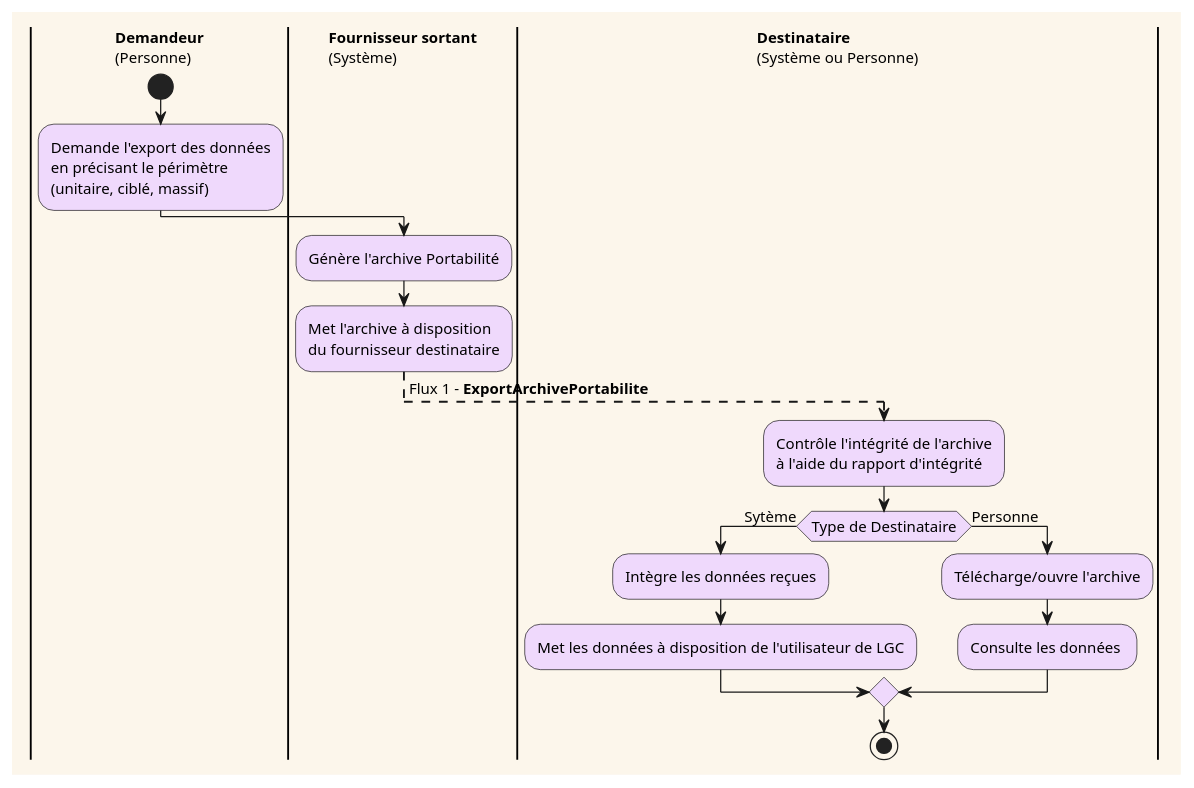
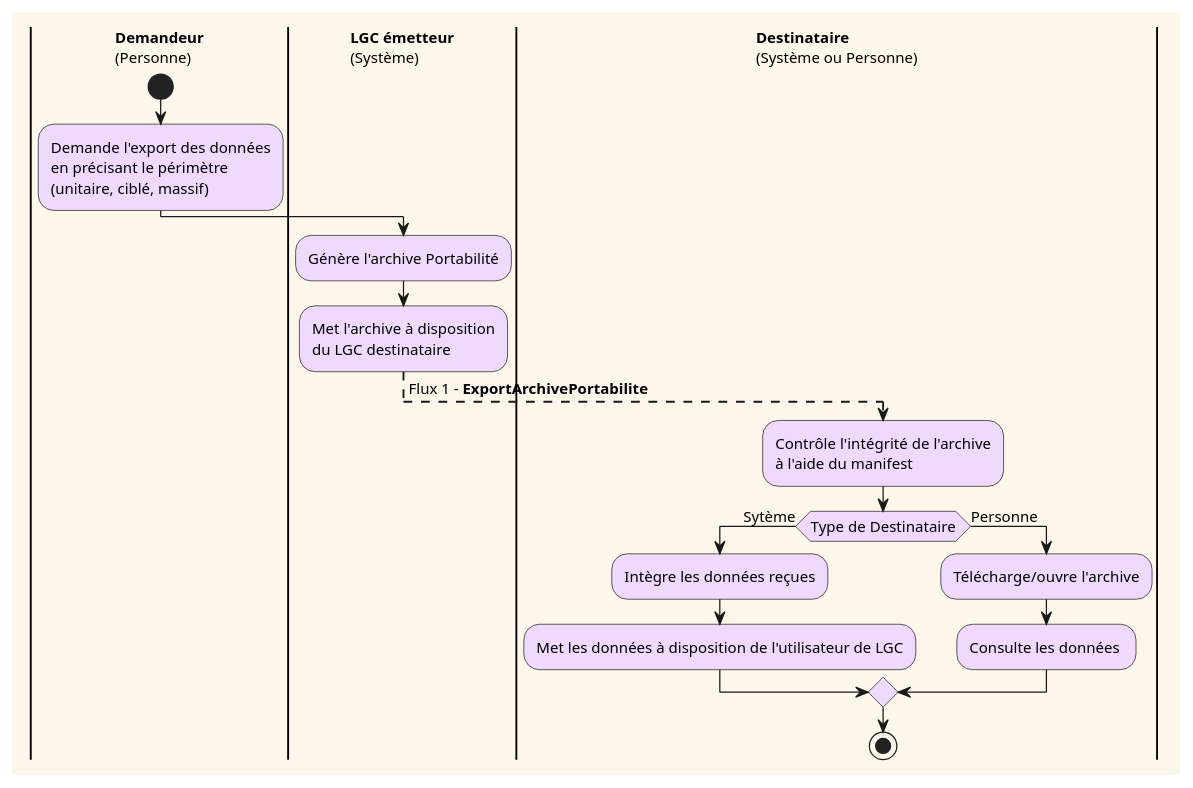
One commit to ansforge/interop-ig-portabilite changed the diagram in input/images-source/sf-activity-pdlg-export-archive-portabilite.plantuml. Above: the diagram before and after it, drawn with PlantUML. The commit also changed 44 other files, not shown here.

```diff
--- a/input/images-source/sf-activity-pdlg-export-archive-portabilite.plantuml
+++ b/input/images-source/sf-activity-pdlg-export-archive-portabilite.plantuml
@@ -1,36 +1,36 @@
 @startuml sf-activity-pdlg-export-archive-portabilite
 
 skinparam backgroundColor #fcf6eb
 skinparam activityBackgroundColor #efd9fc
 skinparam activityBorderColor #000000
 skinparam shadowing false
 skinparam defaultFontSize 12
 
 
 |**Demandeur**\n(Personne)|
 start
 :Demande l'export des données\nen précisant le périmètre\n(unitaire, ciblé, massif);
 
-|**Fournisseur sortant**\n(Système)|
+|**LGC émetteur**\n(Système)|
 :Génère l'archive Portabilité;
-:Met l'archive à disposition\ndu fournisseur destinataire;
+:Met l'archive à disposition\ndu LGC destinataire;
 
 -[dashed]-> Flux 1 - **ExportArchivePortabilite**;
 
 |**Destinataire**\n(Système ou Personne)|
-:Contrôle l'intégrité de l'archive\nà l'aide du rapport d'intégrité;
+:Contrôle l'intégrité de l'archive\nà l'aide du manifest;
 
 |**Destinataire**\n(Système ou Personne)|
 if(Type de Destinataire) then (Sytème)
 :Intègre les données reçues;
 :Met les données à disposition de l'utilisateur de LGC;
 
 else (Personne)
 :Télécharge/ouvre l'archive;
 :Consulte les données ;
 
 endif
 
 stop
 
 @enduml
```
